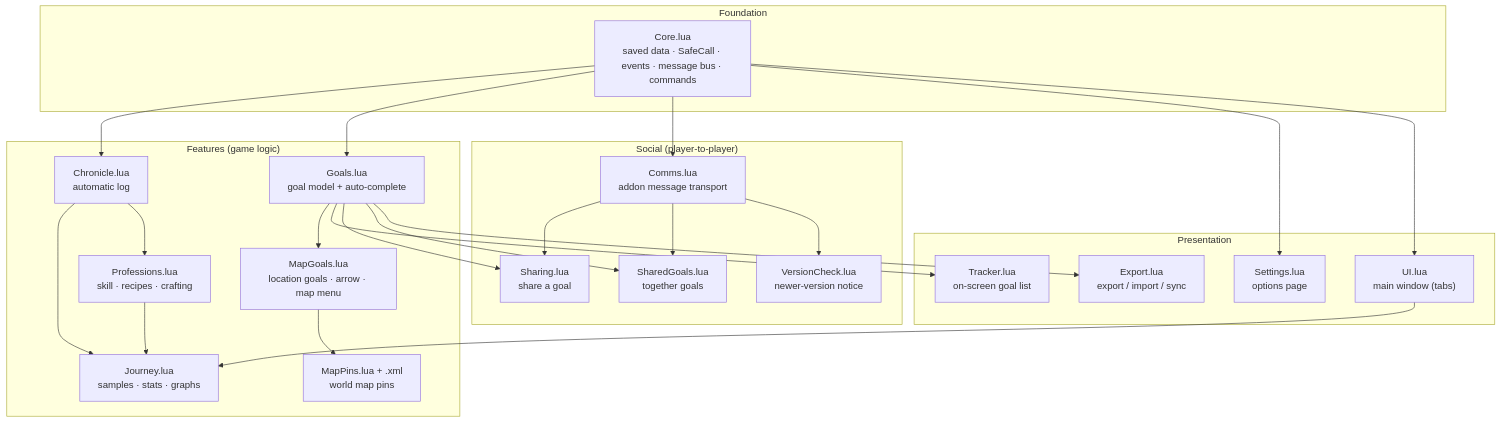
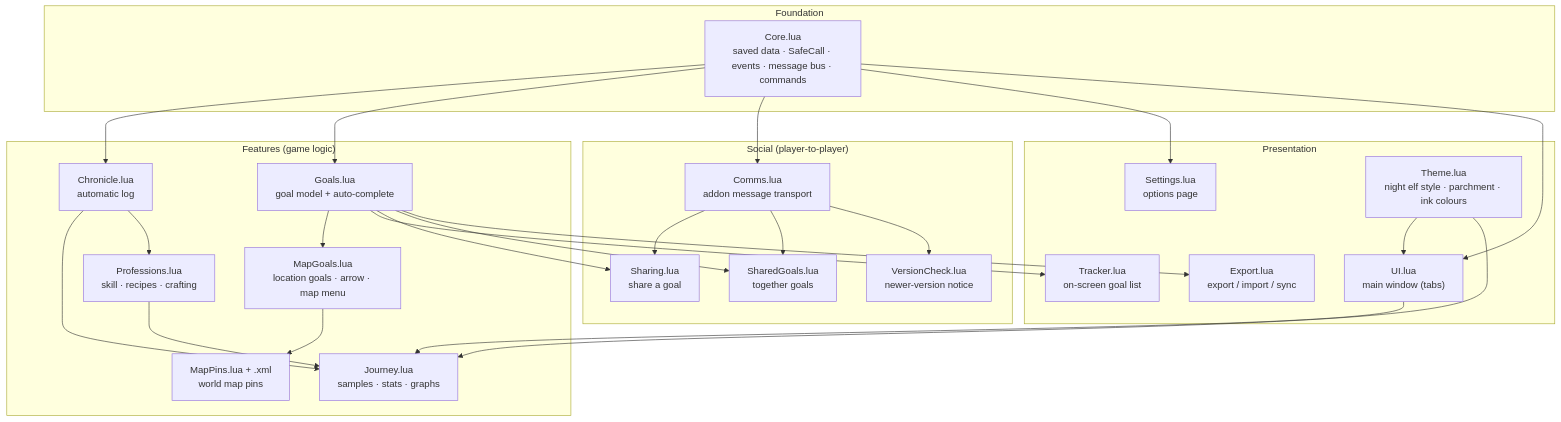
One commit to SaffronG/ForeverChronicler changed the second of 12 diagrams in docs/Topology.md. Above: the diagram before and after it, drawn with Mermaid. The commit also changed other lines of this file and 10 other files, not shown here.

First line of the commit message:
Give the window a night elf look and the chronicle a parchment scroll

````diff
--- a/docs/Topology.md
+++ b/docs/Topology.md
@@ -72,37 +72,39 @@
 ```mermaid
 flowchart TB
     subgraph Foundation
         Core["Core.lua<br/>saved data · SafeCall · events · message bus · commands"]
     end
     subgraph Features["Features (game logic)"]
         Chronicle["Chronicle.lua<br/>automatic log"]
         Goals["Goals.lua<br/>goal model + auto-complete"]
         MapGoals["MapGoals.lua<br/>location goals · arrow · map menu"]
         MapPins["MapPins.lua + .xml<br/>world map pins"]
         Journey["Journey.lua<br/>samples · stats · graphs"]
         Professions["Professions.lua<br/>skill · recipes · crafting"]
     end
     subgraph Social["Social (player-to-player)"]
         Comms["Comms.lua<br/>addon message transport"]
         Sharing["Sharing.lua<br/>share a goal"]
         Shared["SharedGoals.lua<br/>together goals"]
         Version["VersionCheck.lua<br/>newer-version notice"]
     end
     subgraph Presentation["Presentation"]
         Tracker["Tracker.lua<br/>on-screen goal list"]
         UI["UI.lua<br/>main window (tabs)"]
         Settings["Settings.lua<br/>options page"]
+        Theme["Theme.lua<br/>night elf style · parchment · ink colours"]
         Export["Export.lua<br/>export / import / sync"]
     end
 
     Core --> Chronicle & Goals & Comms & Settings & UI
+    Theme --> UI & Journey
     Goals --> MapGoals --> MapPins
     Goals --> Tracker
     Comms --> Sharing & Shared & Version
     Goals --> Sharing & Shared
     Chronicle --> Journey
     UI --> Journey
     Chronicle --> Professions
     Professions --> Journey
     Goals --> Export
 ```
````
